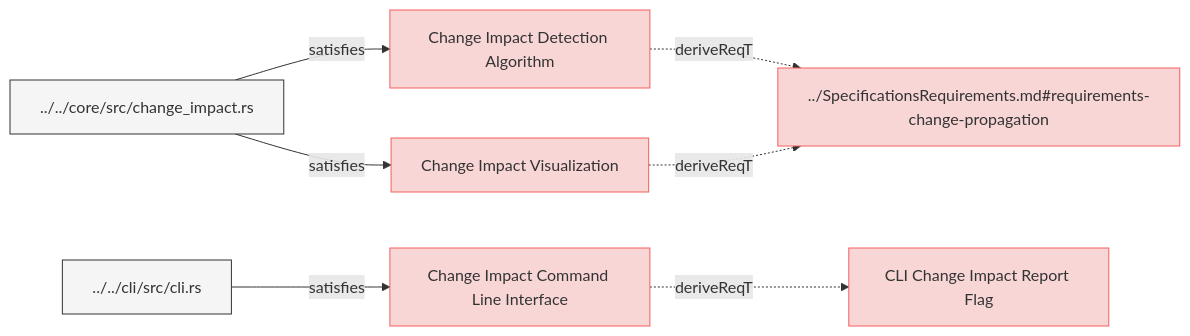
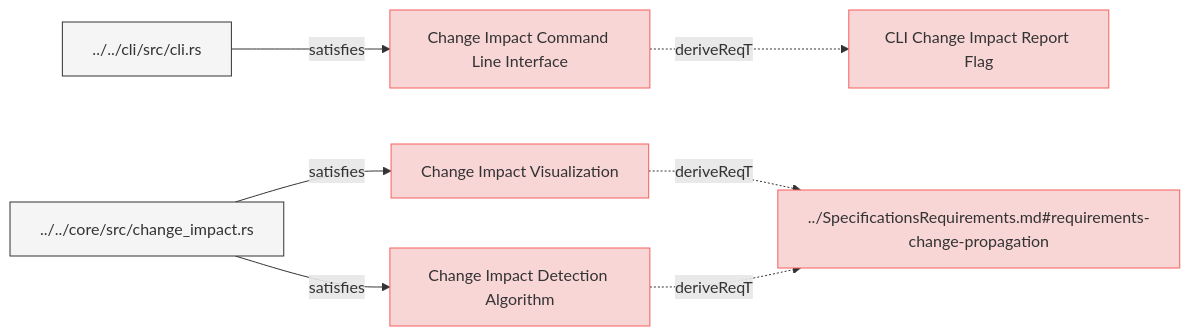
Before and after one commit to reqvire-org/reqvire: the diagram in specifications/SystemRequirements/ChangeImpactPropagation.md, drawn with Mermaid. The commit also changed other lines of this file and 18 other files, not shown here.

````diff
--- a/specifications/SystemRequirements/ChangeImpactPropagation.md
+++ b/specifications/SystemRequirements/ChangeImpactPropagation.md
@@ -6,39 +6,39 @@
 ```mermaid
 graph LR;
   %% Graph styling
   classDef requirement fill:#f9d6d6,stroke:#f55f5f,stroke-width:1px;
   classDef verification fill:#d6f9d6,stroke:#5fd75f,stroke-width:1px;
   classDef externalLink fill:#d0e0ff,stroke:#3080ff,stroke-width:1px;
   classDef default fill:#f5f5f5,stroke:#333333,stroke-width:1px;
 
-  c8d1020a3844532d["Change Impact Detection Algorithm"];
-  class c8d1020a3844532d requirement;
-  click c8d1020a3844532d "ChangeImpactPropagation.md#change-impact-detection-algorithm";
-  2054606d7574a553["../SpecificationsRequirements.md#requirements-change-propagation"];
-  class 2054606d7574a553 requirement;
-  click 2054606d7574a553 "../SpecificationsRequirements.md#requirements-change-propagation";
-  c8d1020a3844532d -.->|deriveReqT| 2054606d7574a553;
-  4b89dbed94c08c3e["../../core/src/change_impact.rs"];
-  class 4b89dbed94c08c3e default;
-  click 4b89dbed94c08c3e "../../core/src/change_impact.rs";
-  4b89dbed94c08c3e -->|satisfies| c8d1020a3844532d;
   37a75398bd174177["Change Impact Command Line Interface"];
   class 37a75398bd174177 requirement;
   click 37a75398bd174177 "ChangeImpactPropagation.md#change-impact-command-line-interface";
   d62e8e714c37d1ad["CLI Change Impact Report Flag"];
   class d62e8e714c37d1ad requirement;
   click d62e8e714c37d1ad "Requirements.md#cli-change-impact-report-flag";
   37a75398bd174177 -.->|deriveReqT| d62e8e714c37d1ad;
   80defdd4cbc7ee18["../../cli/src/cli.rs"];
   class 80defdd4cbc7ee18 default;
   click 80defdd4cbc7ee18 "../../cli/src/cli.rs";
   80defdd4cbc7ee18 -->|satisfies| 37a75398bd174177;
   4ba519ed09b81863["Change Impact Visualization"];
   class 4ba519ed09b81863 requirement;
   click 4ba519ed09b81863 "ChangeImpactPropagation.md#change-impact-visualization";
+  2054606d7574a553["../SpecificationsRequirements.md#requirements-change-propagation"];
+  class 2054606d7574a553 requirement;
+  click 2054606d7574a553 "../SpecificationsRequirements.md#requirements-change-propagation";
   4ba519ed09b81863 -.->|deriveReqT| 2054606d7574a553;
   4b89dbed94c08c3e["../../core/src/change_impact.rs"];
   class 4b89dbed94c08c3e default;
   click 4b89dbed94c08c3e "../../core/src/change_impact.rs";
   4b89dbed94c08c3e -->|satisfies| 4ba519ed09b81863;
+  c8d1020a3844532d["Change Impact Detection Algorithm"];
+  class c8d1020a3844532d requirement;
+  click c8d1020a3844532d "ChangeImpactPropagation.md#change-impact-detection-algorithm";
+  c8d1020a3844532d -.->|deriveReqT| 2054606d7574a553;
+  4b89dbed94c08c3e["../../core/src/change_impact.rs"];
+  class 4b89dbed94c08c3e default;
+  click 4b89dbed94c08c3e "../../core/src/change_impact.rs";
+  4b89dbed94c08c3e -->|satisfies| c8d1020a3844532d;
 ```
````
